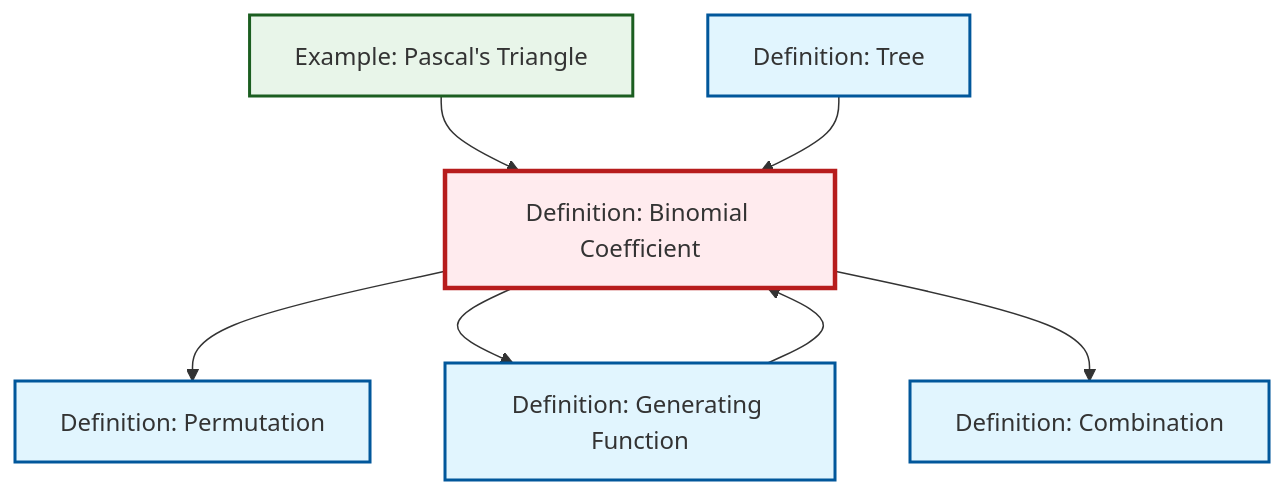
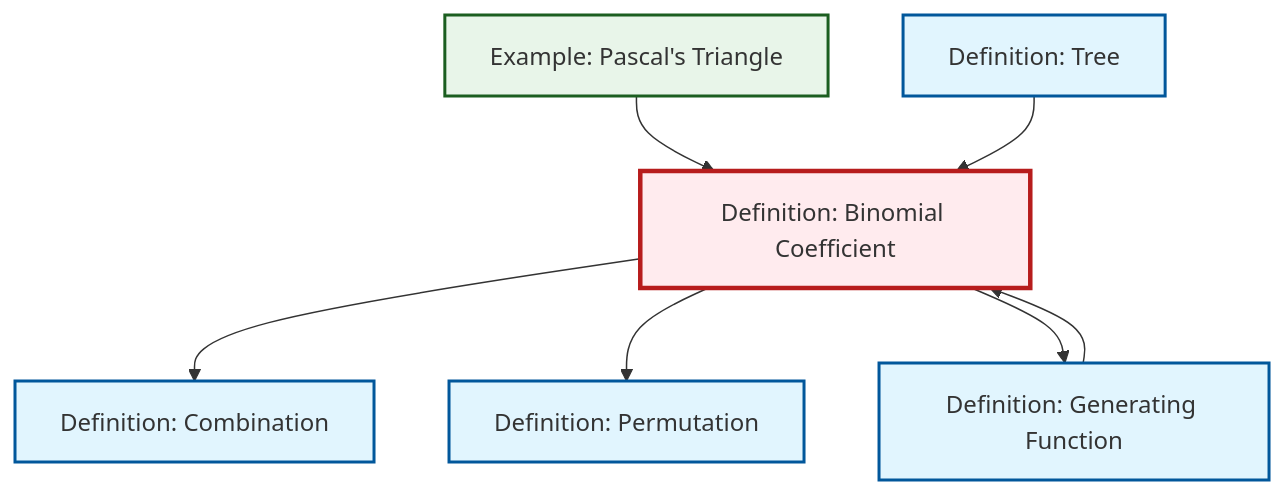
One commit to RK0429/ModernMath changed the diagram in content/ja/combinatorics/def-binomial-coefficient.qmd. Above: the diagram before and after it, drawn with Mermaid. The commit also changed other lines of this file and 654 other files, not shown here.

````diff
--- a/content/ja/combinatorics/def-binomial-coefficient.qmd
+++ b/content/ja/combinatorics/def-binomial-coefficient.qmd
@@ -67,27 +67,27 @@
 ```{mermaid}
 %%| fig-cap: "Local dependency graph"
 graph TD
     classDef definition fill:#e1f5fe,stroke:#01579b,stroke-width:2px
     classDef theorem fill:#f3e5f5,stroke:#4a148c,stroke-width:2px
     classDef axiom fill:#fff3e0,stroke:#e65100,stroke-width:2px
     classDef example fill:#e8f5e9,stroke:#1b5e20,stroke-width:2px
     classDef current fill:#ffebee,stroke:#b71c1c,stroke-width:3px
+    def-binomial-coefficient["Definition: Binomial Coefficient"]:::definition
     def-permutation["Definition: Permutation"]:::definition
-    def-binomial-coefficient["Definition: Binomial Coefficient"]:::definition
+    ex-pascals-triangle["Example: Pascal's Triangle"]:::example
+    def-combination["Definition: Combination"]:::definition
+    def-generating-function["Definition: Generating Function"]:::definition
     def-tree["Definition: Tree"]:::definition
-    ex-pascals-triangle["Example: Pascal's Triangle"]:::example
-    def-generating-function["Definition: Generating Function"]:::definition
-    def-combination["Definition: Combination"]:::definition
+    def-binomial-coefficient --> def-combination
+    def-generating-function --> def-binomial-coefficient
+    ex-pascals-triangle --> def-binomial-coefficient
     def-binomial-coefficient --> def-permutation
+    def-tree --> def-binomial-coefficient
     def-binomial-coefficient --> def-generating-function
-    def-binomial-coefficient --> def-combination
-    ex-pascals-triangle --> def-binomial-coefficient
-    def-tree --> def-binomial-coefficient
-    def-generating-function --> def-binomial-coefficient
     class def-binomial-coefficient current
     click def-permutation "def-permutation.html" "Definition: Permutationへ"
+    click ex-pascals-triangle "ex-pascals-triangle.html" "Example: Pascal's Triangleへ"
+    click def-combination "def-combination.html" "Definition: Combinationへ"
+    click def-generating-function "def-generating-function.html" "Definition: Generating Functionへ"
     click def-tree "def-tree.html" "Definition: Treeへ"
-    click ex-pascals-triangle "ex-pascals-triangle.html" "Example: Pascal's Triangleへ"
-    click def-generating-function "def-generating-function.html" "Definition: Generating Functionへ"
-    click def-combination "def-combination.html" "Definition: Combinationへ"
 ```
````
